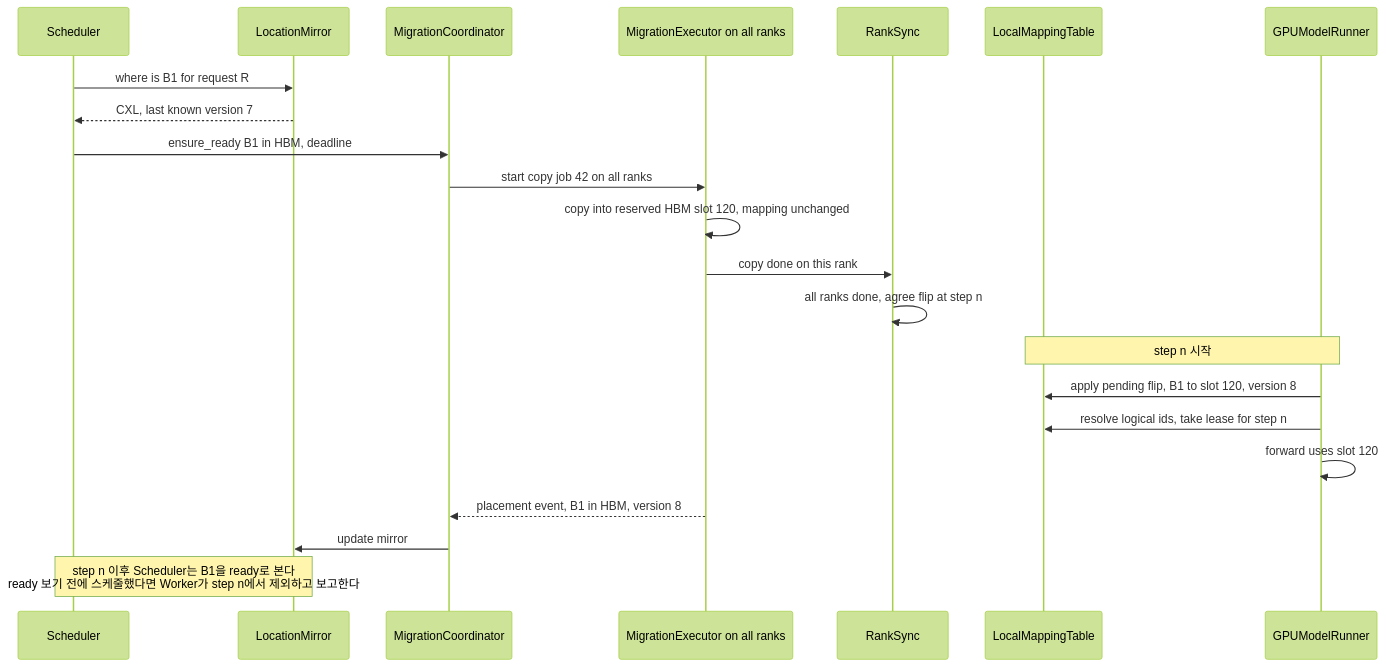
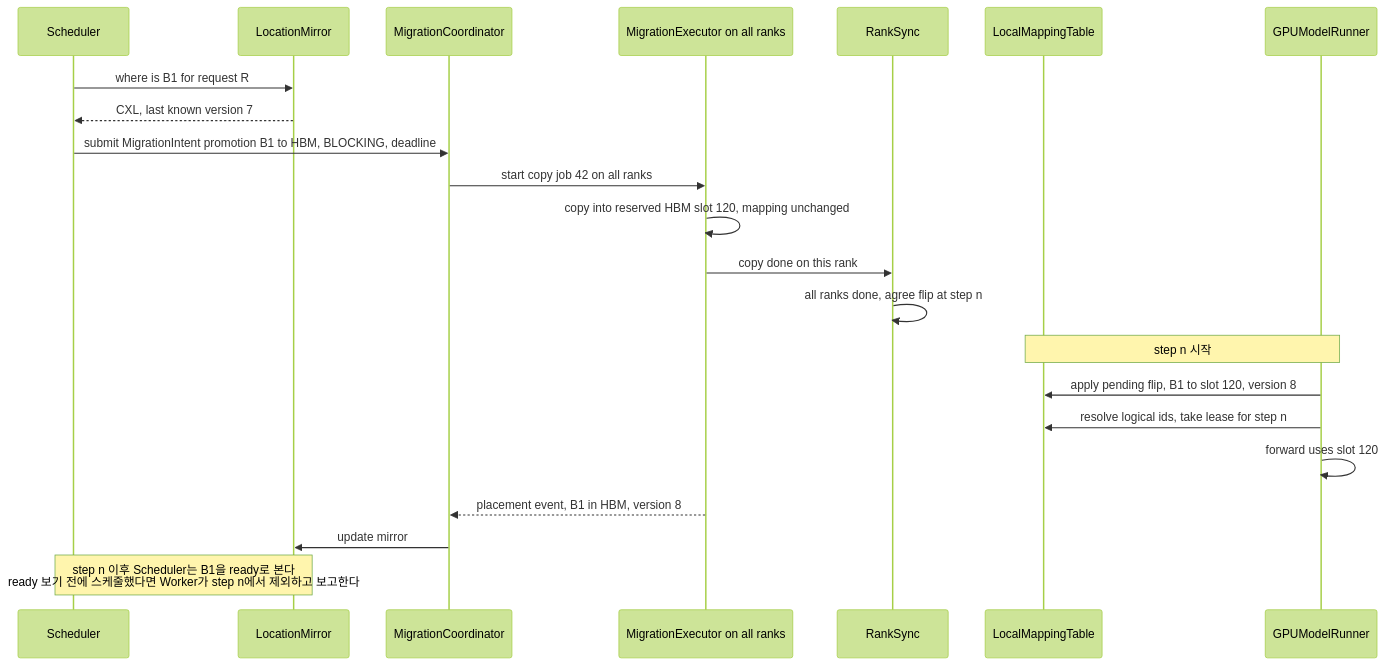
The fifth of 5 diagrams in doc-mk/DP5/dp5-migration-execution-location-consistent-access.md (mkim0628/vllm), drawn with Mermaid (forest theme) before and after one commit. The commit also changed other lines of this file and 2 other files, not shown here.

First line of the commit message:
DP1 exits at Migration Coordinator; intent assembled by Migration Data Selector; two intent producers

````diff
--- a/doc-mk/DP5/dp5-migration-execution-location-consistent-access.md
+++ b/doc-mk/DP5/dp5-migration-execution-location-consistent-access.md
@@ -314,25 +316,25 @@
 ```mermaid
 sequenceDiagram
     participant S as Scheduler
     participant LM as LocationMirror
     participant MC as MigrationCoordinator
     participant EX as MigrationExecutor on all ranks
     participant RS as RankSync
     participant MT as LocalMappingTable
     participant MR as GPUModelRunner
 
     S->>LM: where is B1 for request R
     LM-->>S: CXL, last known version 7
-    S->>MC: ensure_ready B1 in HBM, deadline
+    S->>MC: submit MigrationIntent promotion B1 to HBM, BLOCKING, deadline
     MC->>EX: start copy job 42 on all ranks
     EX->>EX: copy into reserved HBM slot 120, mapping unchanged
     EX->>RS: copy done on this rank
     RS->>RS: all ranks done, agree flip at step n
     Note over MR,MT: step n 시작
     MR->>MT: apply pending flip, B1 to slot 120, version 8
     MR->>MT: resolve logical ids, take lease for step n
     MR->>MR: forward uses slot 120
     EX-->>MC: placement event, B1 in HBM, version 8
     MC->>LM: update mirror
     Note over S,LM: step n 이후 Scheduler는 B1을 ready로 본다<br/>ready 보기 전에 스케줄했다면 Worker가 step n에서 제외하고 보고한다
 ```
````
